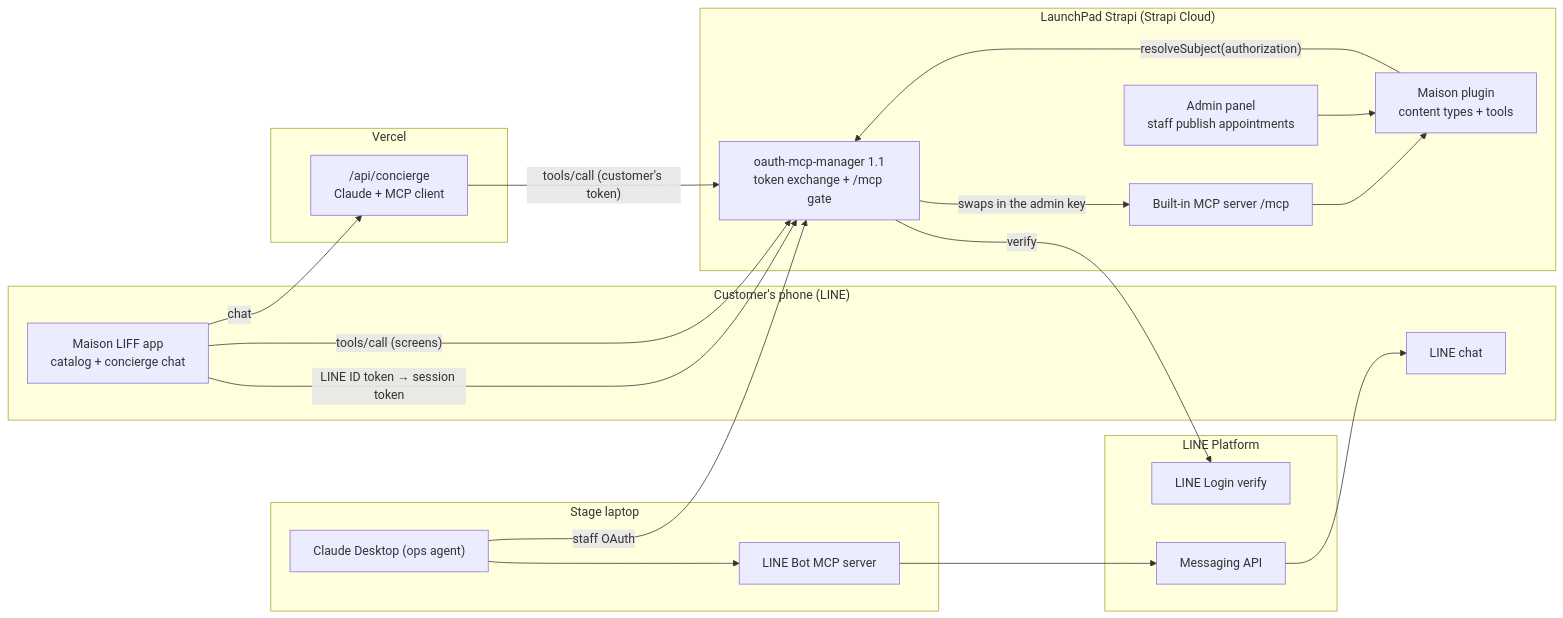
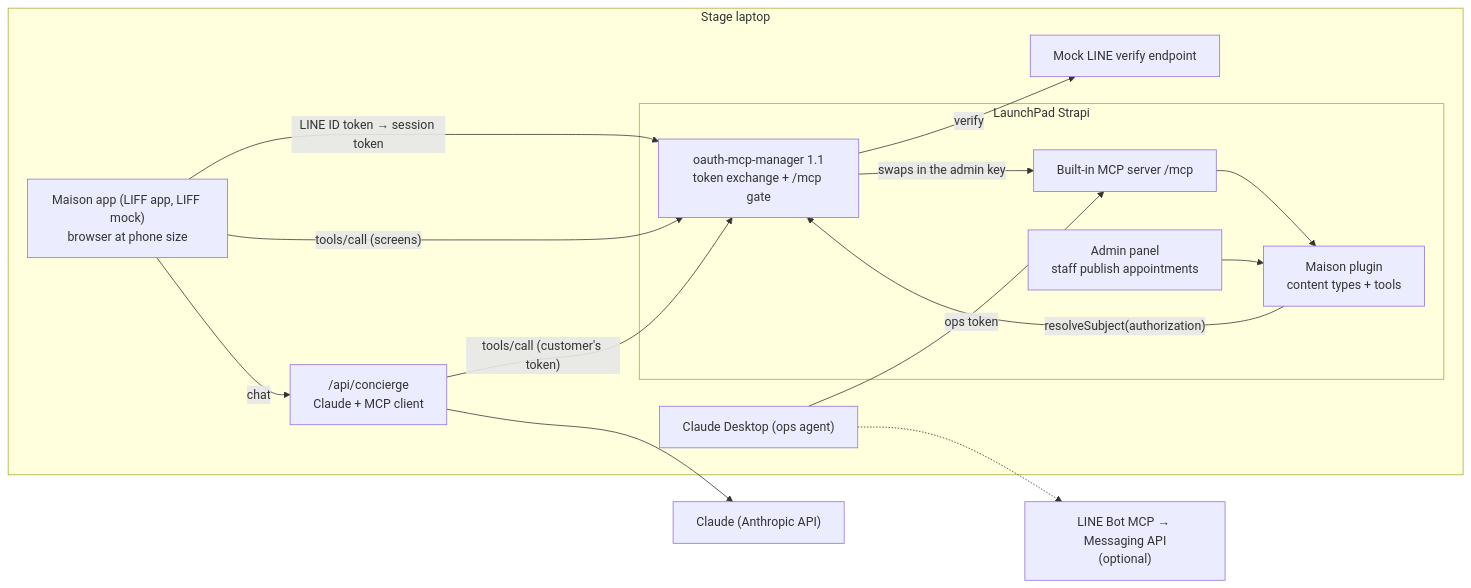
Before and after one commit to PaulBratslavsky/strapi-store-demo-mcp: the diagram in docs/superpowers/specs/2026-09-29-ax-luxury-demo-overview.md, drawn with Mermaid. The commit also changed other lines of this file and 2 other files, not shown here.

First line of the commit message:
docs: run the stage demo without LINE channels and hand the MINI App over to QBurst

````diff
--- a/docs/superpowers/specs/2026-09-29-ax-luxury-demo-overview.md
+++ b/docs/superpowers/specs/2026-09-29-ax-luxury-demo-overview.md
@@ -56,37 +71,29 @@
 ```mermaid
 flowchart LR
-  subgraph Phone["Customer's phone (LINE)"]
-    APP["Maison LIFF app<br/>catalog + concierge chat"]
-    CHAT["LINE chat"]
+  subgraph Laptop["Stage laptop"]
+    APP["Maison app (LIFF app, LIFF mock)<br/>browser at phone size"]
+    CON["/api/concierge<br/>Claude + MCP client"]
+    MOCK["Mock LINE verify endpoint"]
+    subgraph Strapi["LaunchPad Strapi"]
+      OAUTH["oauth-mcp-manager 1.1<br/>token exchange + /mcp gate"]
+      MCP["Built-in MCP server /mcp"]
+      MAISON["Maison plugin<br/>content types + tools"]
+      ADMIN["Admin panel<br/>staff publish appointments"]
+    end
+    OPS["Claude Desktop (ops agent)"]
   end
-  subgraph Vercel["Vercel"]
-    CON["/api/concierge<br/>Claude + MCP client"]
-  end
-  subgraph Strapi["LaunchPad Strapi (Strapi Cloud)"]
-    OAUTH["oauth-mcp-manager 1.1<br/>token exchange + /mcp gate"]
-    MCP["Built-in MCP server /mcp"]
-    MAISON["Maison plugin<br/>content types + tools"]
-    ADMIN["Admin panel<br/>staff publish appointments"]
-  end
-  subgraph LINE["LINE Platform"]
-    VERIFY["LINE Login verify"]
-    MSG["Messaging API"]
-  end
-  subgraph Stage["Stage laptop"]
-    OPS["Claude Desktop (ops agent)"]
-    LBM["LINE Bot MCP server"]
-  end
+  CLAUDE["Claude (Anthropic API)"]
+  LBM["LINE Bot MCP → Messaging API<br/>(optional)"]
   APP -- "LINE ID token → session token" --> OAUTH
-  OAUTH -- verify --> VERIFY
+  OAUTH -- verify --> MOCK
   APP -- "tools/call (screens)" --> OAUTH
   APP -- chat --> CON
   CON -- "tools/call (customer's token)" --> OAUTH
+  CON --> CLAUDE
   OAUTH -- "swaps in the admin key" --> MCP
   MAISON -- "resolveSubject(authorization)" --> OAUTH
   MCP --> MAISON
   ADMIN --> MAISON
-  OPS -- "staff OAuth" --> OAUTH
-  OPS --> LBM
-  LBM --> MSG
-  MSG --> CHAT
+  OPS -- "ops token" --> MCP
+  OPS -.-> LBM
 ```
````
